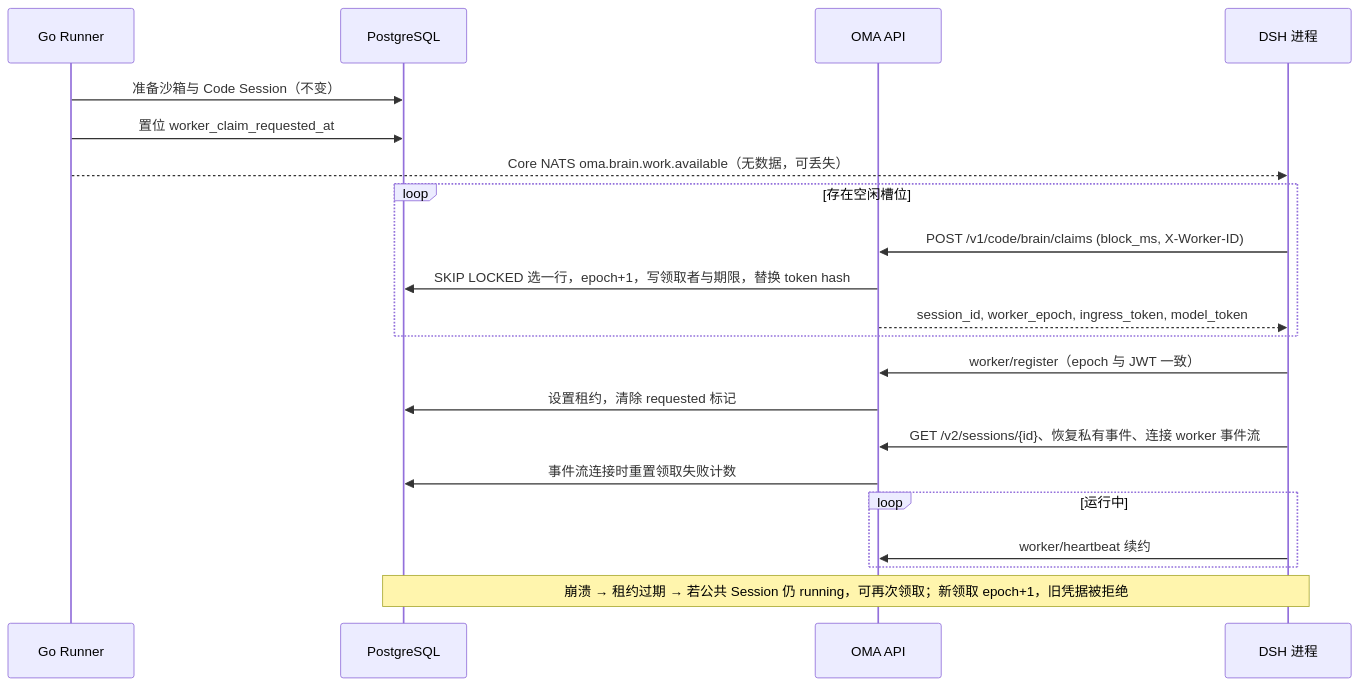
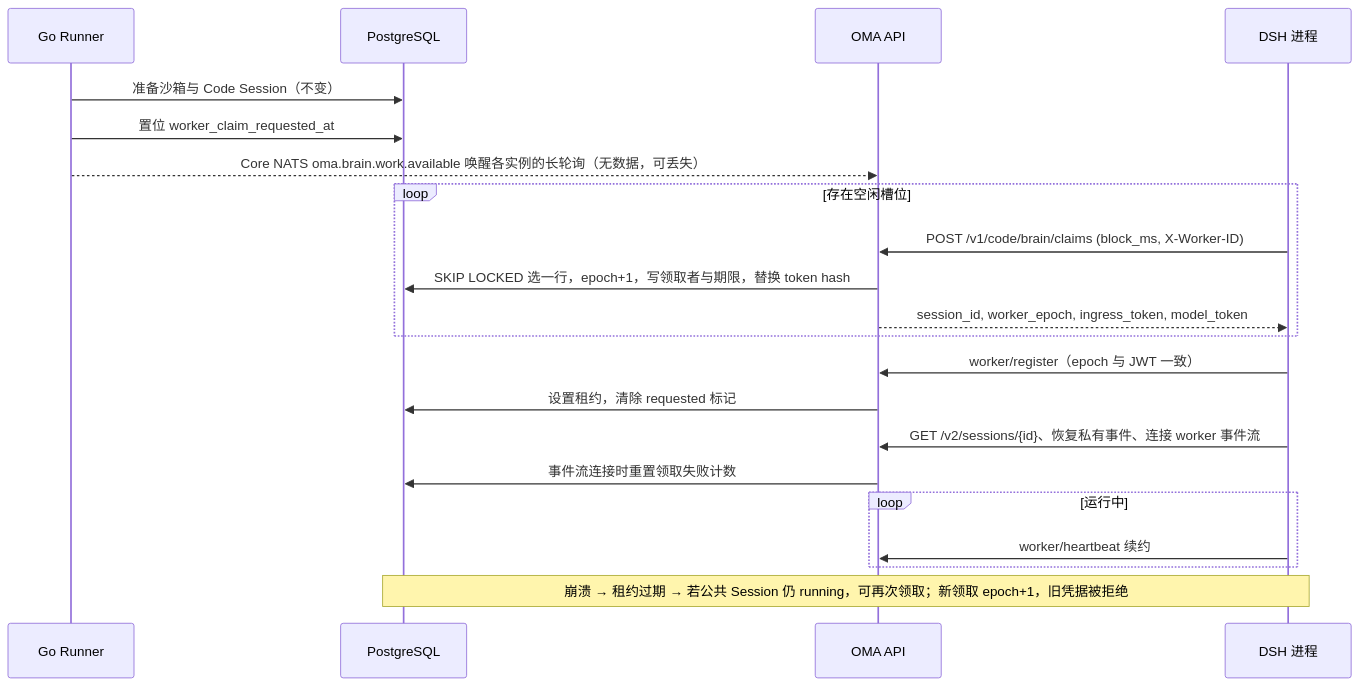
One commit to superduck-ai/open-managed-agents changed the first of 2 diagrams in docs/design/be/brain-worker-claim.md. Above: the diagram before and after it, drawn with Mermaid. The commit also changed other lines of this file and 58 other files, not shown here.

First line of the commit message:
feat(brain): replace NATS task dispatch with HTTP worker claims

````diff
--- a/docs/design/be/brain-worker-claim.md
+++ b/docs/design/be/brain-worker-claim.md
@@ -48,23 +48,23 @@
 ```mermaid
 sequenceDiagram
     participant R as Go Runner
     participant DB as PostgreSQL
     participant API as OMA API
     participant D as DSH 进程
     R->>DB: 准备沙箱与 Code Session（不变）
     R->>DB: 置位 worker_claim_requested_at
-    R-->>D: Core NATS oma.brain.work.available（无数据，可丢失）
+    R-->>API: Core NATS oma.brain.work.available 唤醒各实例的长轮询（无数据，可丢失）
     loop 存在空闲槽位
         D->>API: POST /v1/code/brain/claims (block_ms, X-Worker-ID)
         API->>DB: SKIP LOCKED 选一行，epoch+1，写领取者与期限，替换 token hash
         API-->>D: session_id, worker_epoch, ingress_token, model_token
     end
     D->>API: worker/register（epoch 与 JWT 一致）
     API->>DB: 设置租约，清除 requested 标记
     D->>API: GET /v2/sessions/{id}、恢复私有事件、连接 worker 事件流
     API->>DB: 事件流连接时重置领取失败计数
     loop 运行中
         D->>API: worker/heartbeat 续约
     end
     Note over D,DB: 崩溃 → 租约过期 → 若公共 Session 仍 running，可再次领取；新领取 epoch+1，旧凭据被拒绝
 ```
````
